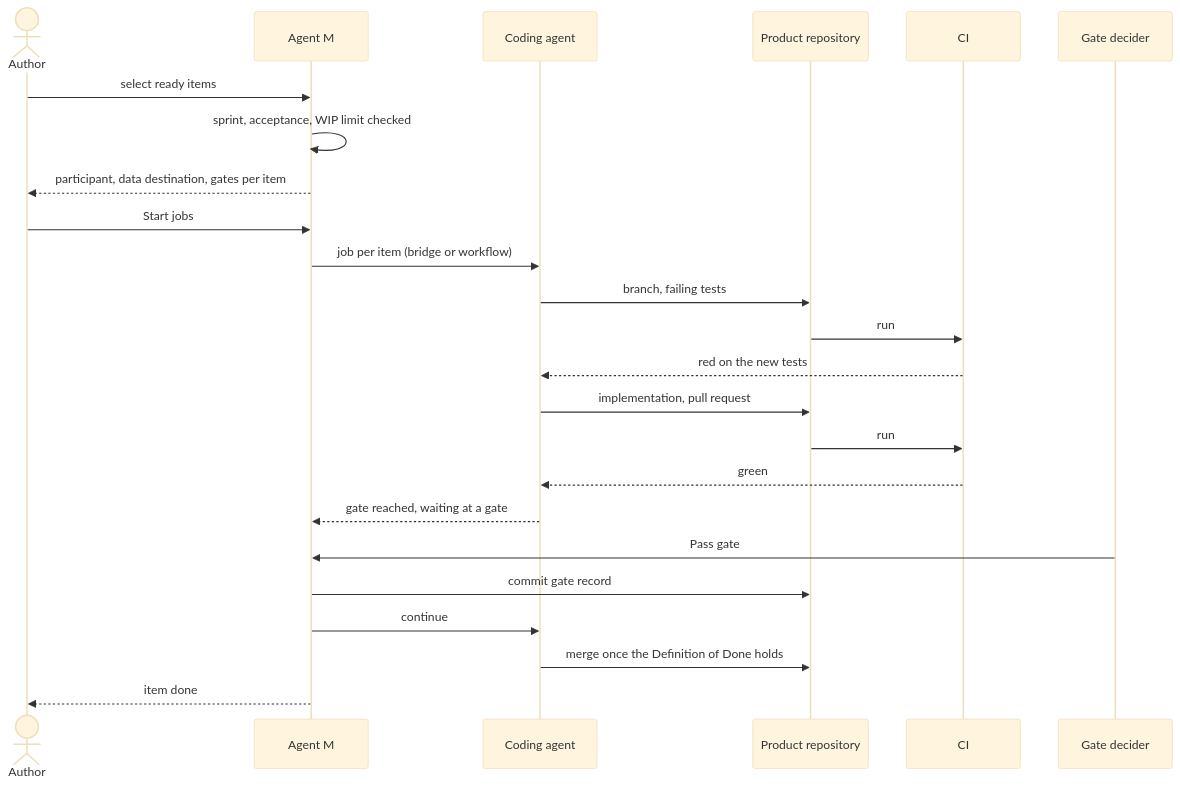
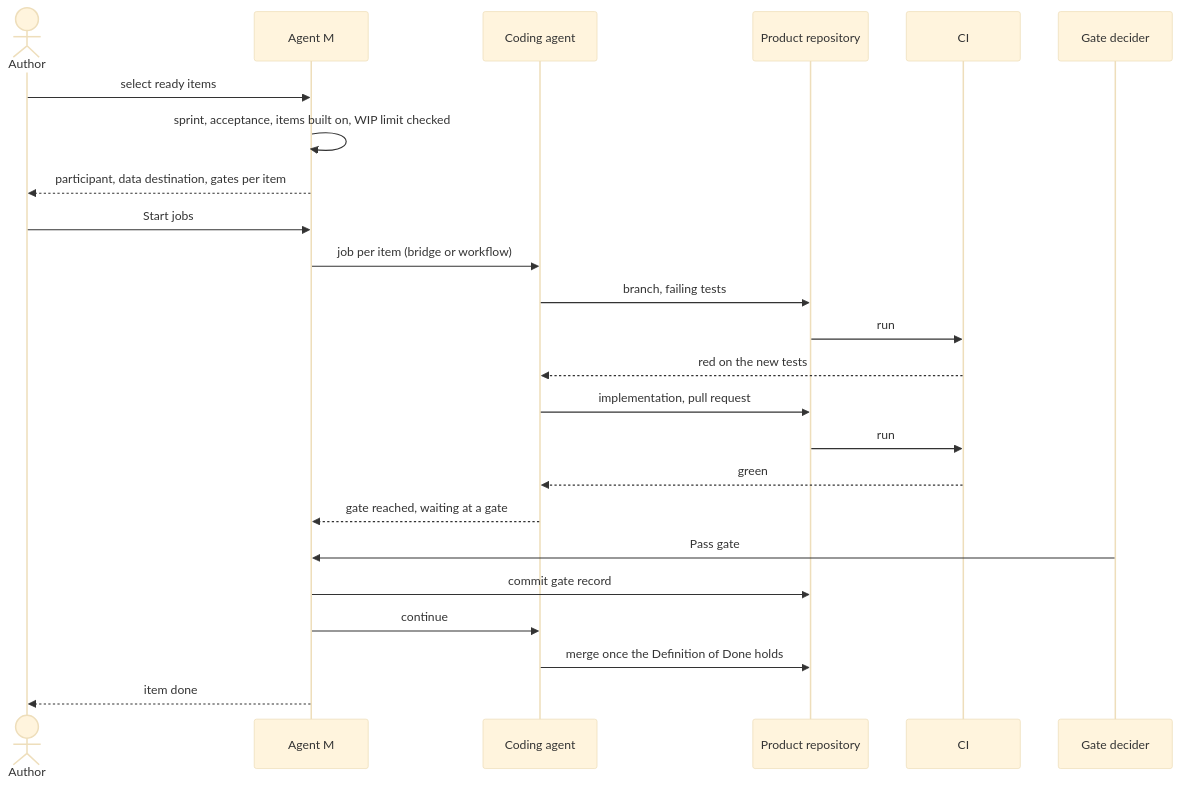
The diagram in docs/use-cases/UC-034-implement-backlog-items-with-a-coding-agent.md (akmaier/agent-m), drawn with Mermaid (base theme) before and after one commit. The commit also changed other lines of this file and 1 other file, not shown here.

````diff
--- a/docs/use-cases/UC-034-implement-backlog-items-with-a-coding-agent.md
+++ b/docs/use-cases/UC-034-implement-backlog-items-with-a-coding-agent.md
@@ -129,26 +132,26 @@
 ```mermaid
 sequenceDiagram
     actor A as Author
     participant M as Agent M
     participant C as Coding agent
     participant G as Product repository
     participant CI as CI
     participant K as Gate decider
     A->>M: select ready items
-    M->>M: sprint, acceptance, WIP limit checked
+    M->>M: sprint, acceptance, items built on, WIP limit checked
     M-->>A: participant, data destination, gates per item
     A->>M: Start jobs
     M->>C: job per item (bridge or workflow)
     C->>G: branch, failing tests
     G->>CI: run
     CI-->>C: red on the new tests
     C->>G: implementation, pull request
     G->>CI: run
     CI-->>C: green
     C-->>M: gate reached, waiting at a gate
     K->>M: Pass gate
     M->>G: commit gate record
     M->>C: continue
     C->>G: merge once the Definition of Done holds
     M-->>A: item done
 ```
````
